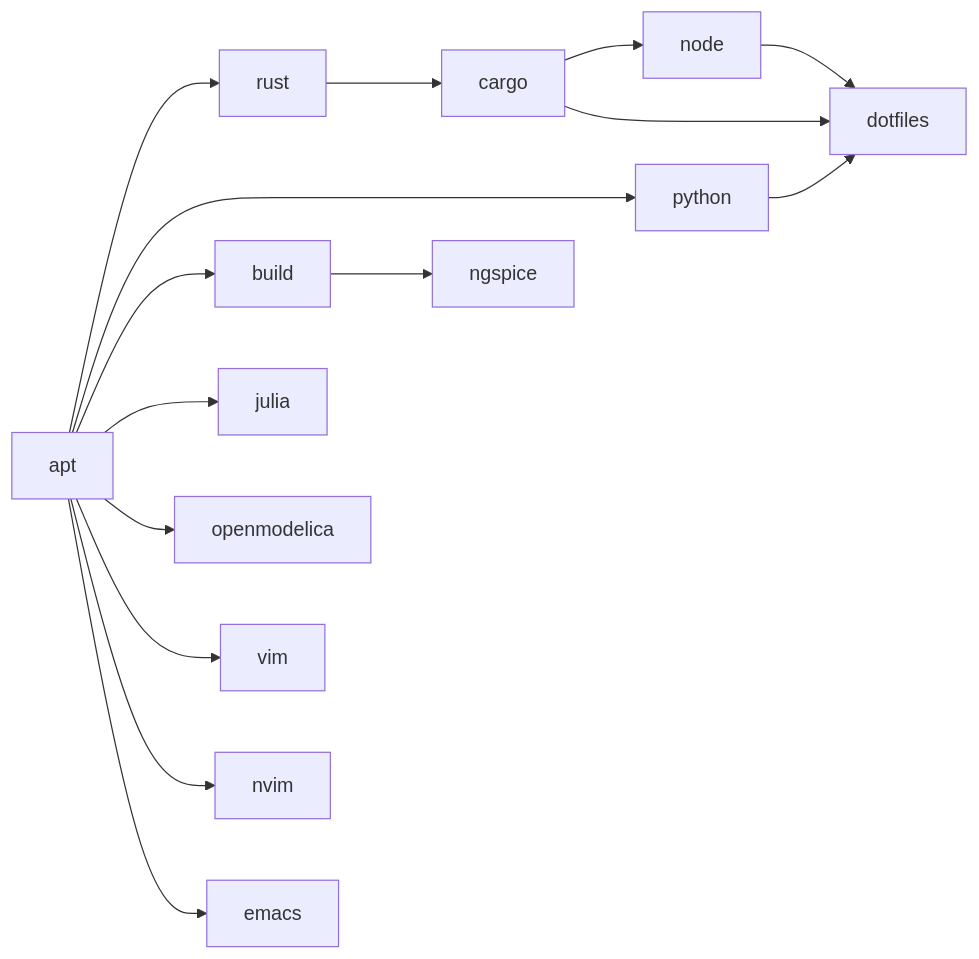
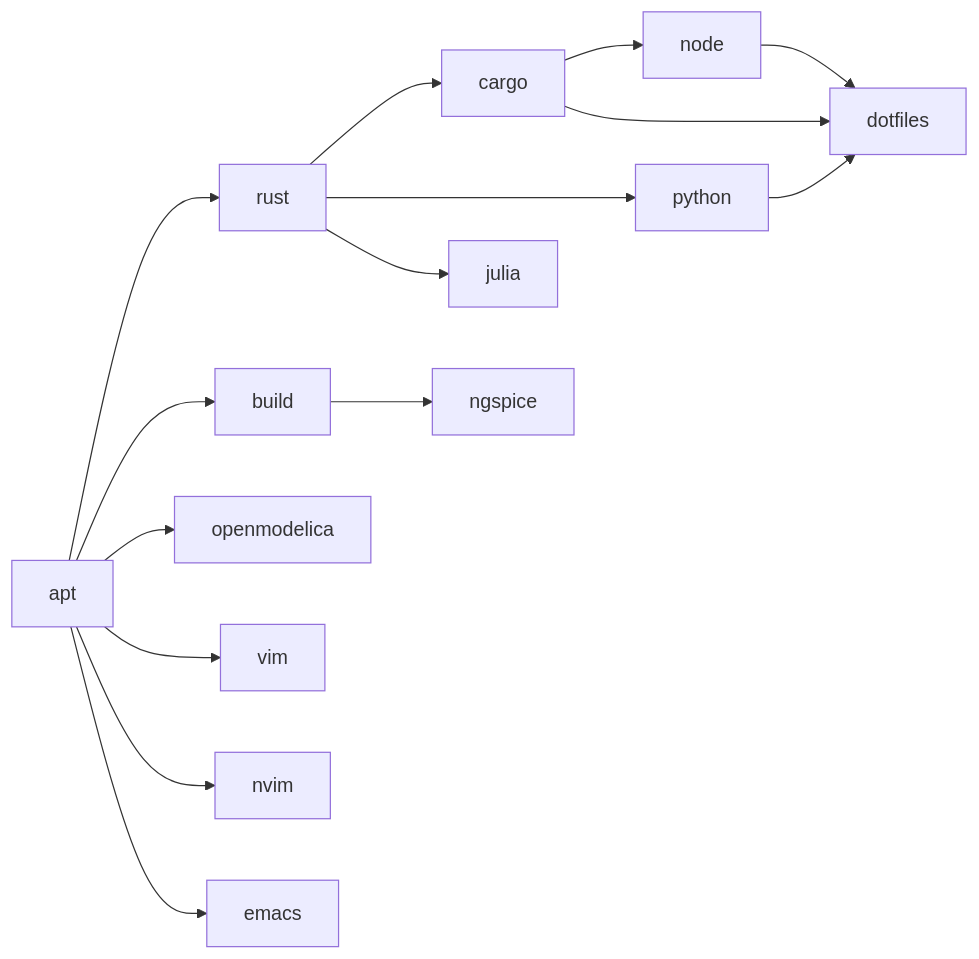
The diagram in docs/ARCHITECTURE.md (Beren-Project/ubuntu-bootstrap), drawn with Mermaid before and after one commit. The commit also changed other lines of this file and 26 other files, not shown here.

````diff
--- a/docs/ARCHITECTURE.md
+++ b/docs/ARCHITECTURE.md
@@ -37,14 +37,14 @@
 ```mermaid
 flowchart LR
     apt --> rust --> cargo --> node
-    apt --> python
+    rust --> python
     cargo --> dotfiles
     python --> dotfiles
     node --> dotfiles
     apt --> build --> ngspice
-    apt --> julia
+    rust --> julia
     apt --> openmodelica
     apt --> vim
     apt --> nvim
     apt --> emacs
 ```
````
